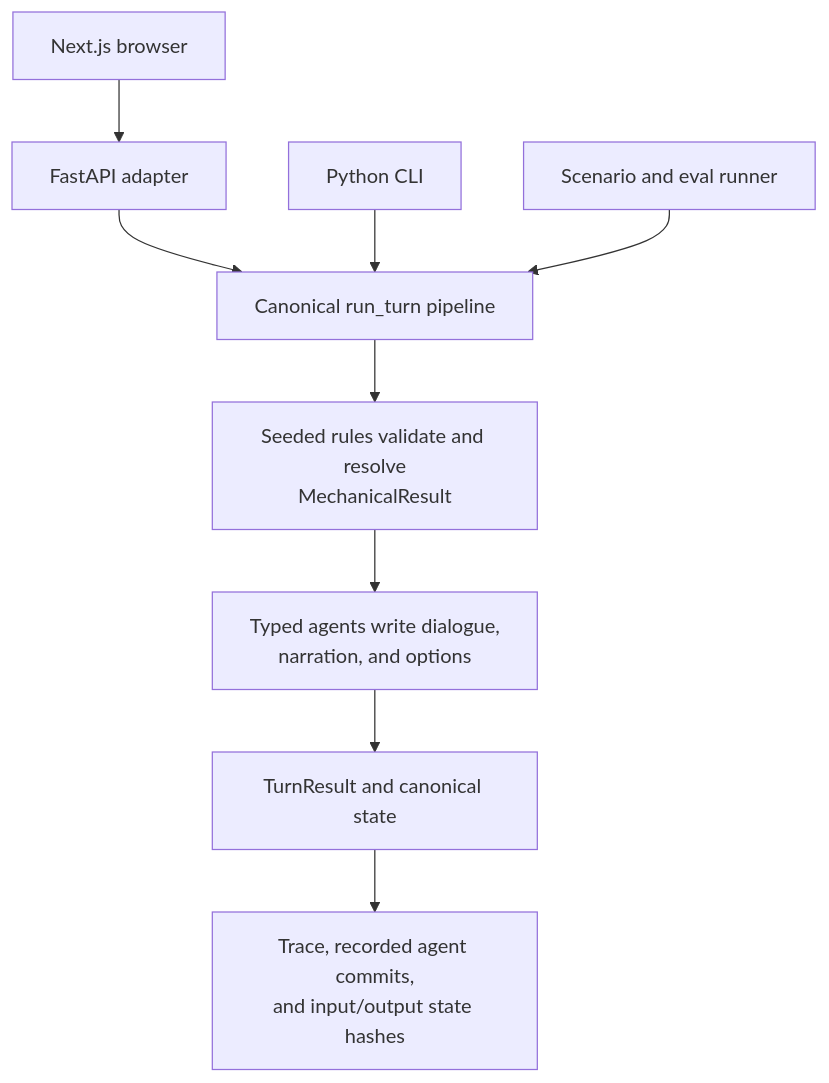
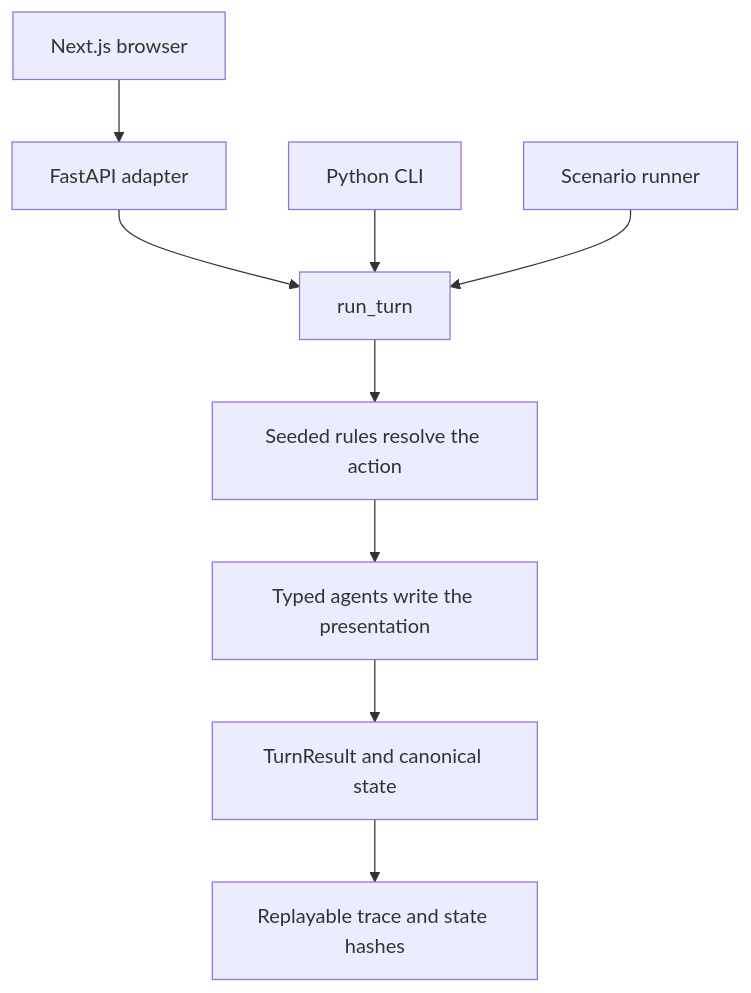
Before and after one commit to iamianM/llm-game: the diagram in README.md, drawn with Mermaid. The commit also changed other lines of this file and 2 other files, not shown here.

````diff
--- a/README.md
+++ b/README.md
@@ -85,14 +41,11 @@
 ```mermaid
 flowchart TB
-    Browser[Next.js browser]
-    CLI[Python CLI]
-    Scenarios[Scenario and eval runner]
-    Browser --> API[FastAPI adapter]
-    API --> Turn[Canonical run_turn pipeline]
-    CLI --> Turn
-    Scenarios --> Turn
-    Turn --> Resolve[Seeded rules validate and resolve<br/>MechanicalResult]
-    Resolve --> Agents[Typed agents write dialogue,<br/>narration, and options]
-    Agents --> Output[TurnResult and canonical state]
-    Output --> Trace[Trace, recorded agent commits,<br/>and input/output state hashes]
+    Browser[Next.js browser] --> API[FastAPI adapter]
+    API --> Turn[run_turn]
+    CLI[Python CLI] --> Turn
+    Evals[Scenario runner] --> Turn
+    Turn --> Rules[Seeded rules resolve the action]
+    Rules --> Agents[Typed agents write the presentation]
+    Agents --> Result[TurnResult and canonical state]
+    Result --> Trace[Replayable trace and state hashes]
 ```
````
